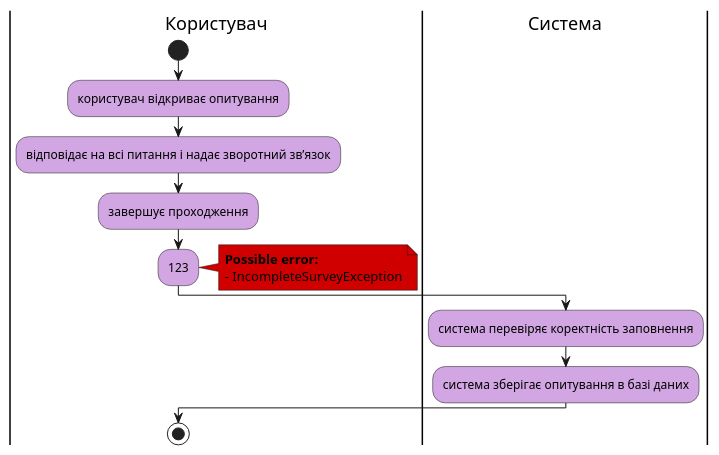
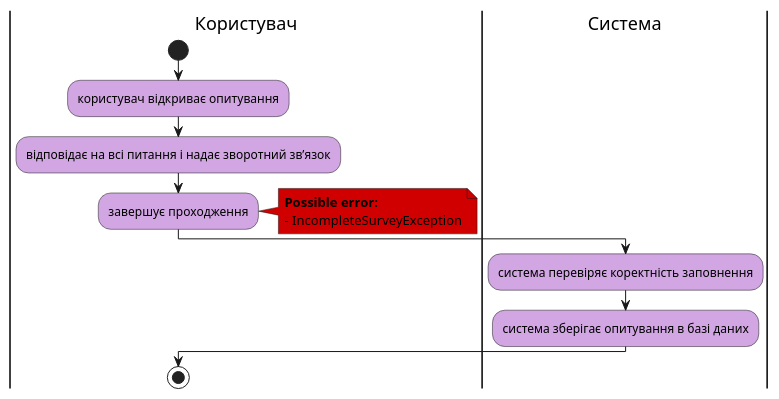
One commit to sunnytea0/db_labs_my changed the seventh of 13 diagrams in docs/use cases/README.md. Above: the diagram before and after it, drawn with PlantUML.

Commit message:
save changes before step on master

```diff
--- a/docs/use cases/README.md
+++ b/docs/use cases/README.md
@@ -261,23 +261,22 @@
 @startuml
 
     skinparam ActivityBackgroundColor #d1a6e2
 
     |Користувач|
     start;
     :користувач відкриває опитування;
     :відповідає на всі питання і надає зворотний зв’язок;
     :завершує проходження;
-    :123;
     note right #D10000
     <b>Possible error:
     - IncompleteSurveyException
     end note
 
     |Система|
     :система перевіряє коректність заповнення;
     :система зберігає опитування в базі даних;
 
     |Користувач|
     stop;
 
 @enduml
```
